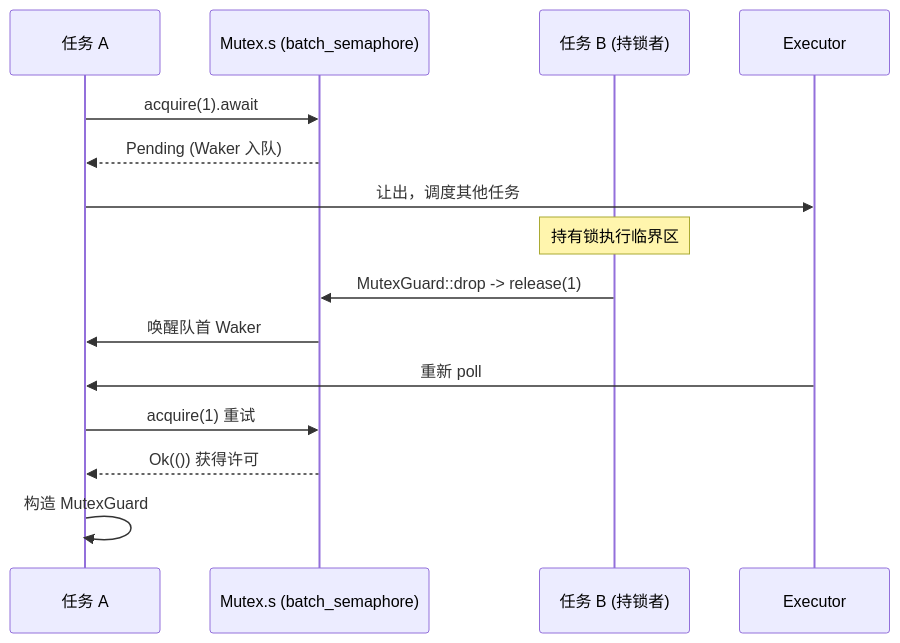
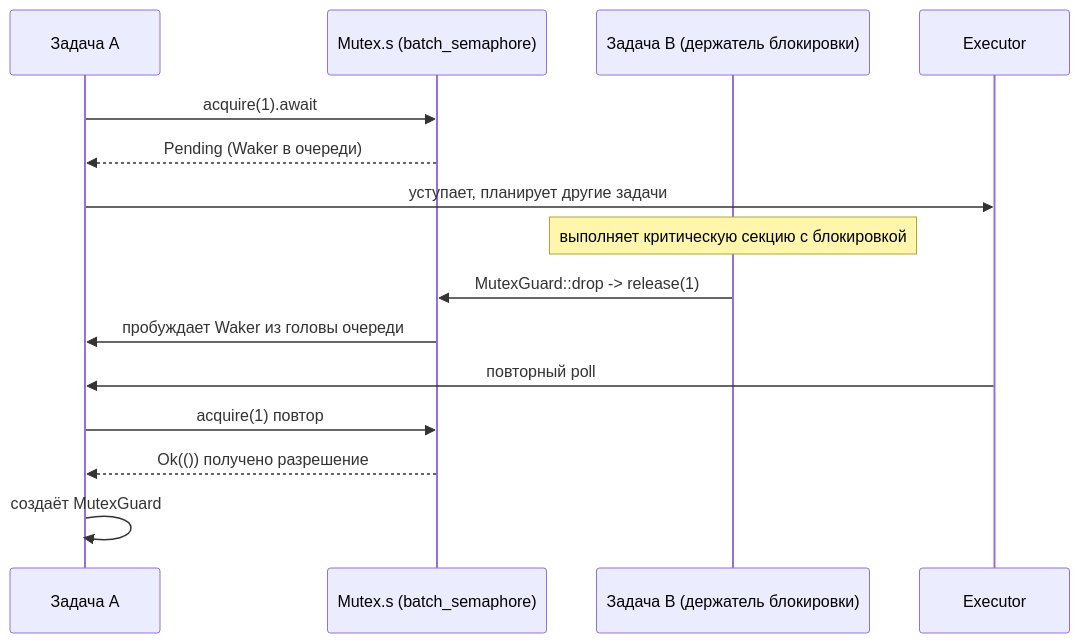
The diagram in books/tokio/ru/07-sync-primitives.md (maleRjc/AiReadCodeBooks), drawn with Mermaid before and after one commit. The commit also changed other lines of this file and 74 other files, not shown here.

````diff
--- a/books/tokio/ru/07-sync-primitives.md
+++ b/books/tokio/ru/07-sync-primitives.md
@@ -82,18 +82,18 @@
 ```mermaid
 sequenceDiagram
-    participant TaskA as 任务 A
+    participant TaskA as Задача A
     participant Mutex as Mutex.s (batch_semaphore)
-    participant TaskB as 任务 B (持锁者)
+    participant TaskB as Задача B (держатель блокировки)
     participant Exec as Executor
 
     TaskA->>Mutex: acquire(1).await
-    Mutex-->>TaskA: Pending (Waker 入队)
-    TaskA->>Exec: 让出，调度其他任务
-    Note over TaskB: 持有锁执行临界区
+    Mutex-->>TaskA: Pending (Waker в очереди)
+    TaskA->>Exec: уступает, планирует другие задачи
+    Note over TaskB: выполняет критическую секцию с блокировкой
     TaskB->>Mutex: MutexGuard::drop -> release(1)
-    Mutex->>TaskA: 唤醒队首 Waker
-    Exec->>TaskA: 重新 poll
-    TaskA->>Mutex: acquire(1) 重试
-    Mutex-->>TaskA: Ok(()) 获得许可
-    TaskA->>TaskA: 构造 MutexGuard
+    Mutex->>TaskA: пробуждает Waker из головы очереди
+    Exec->>TaskA: повторный poll
+    TaskA->>Mutex: acquire(1) повтор
+    Mutex-->>TaskA: Ok(()) получено разрешение
+    TaskA->>TaskA: создаёт MutexGuard
 ```
````
